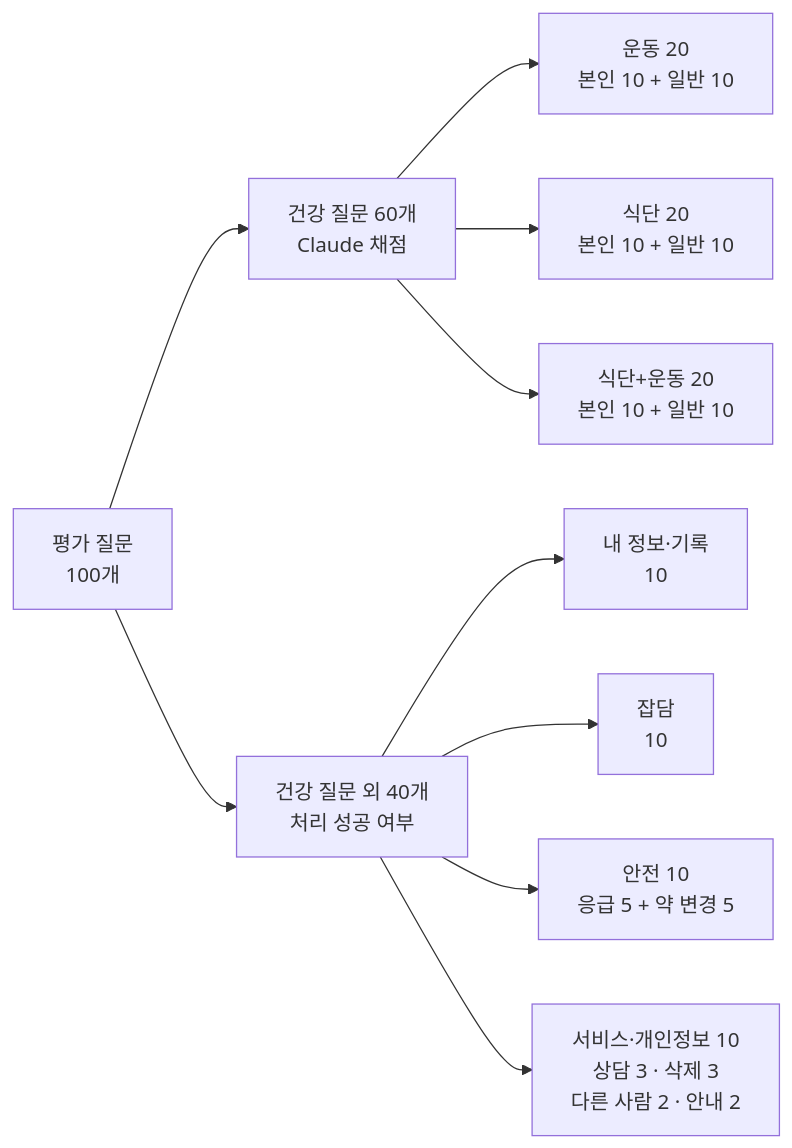
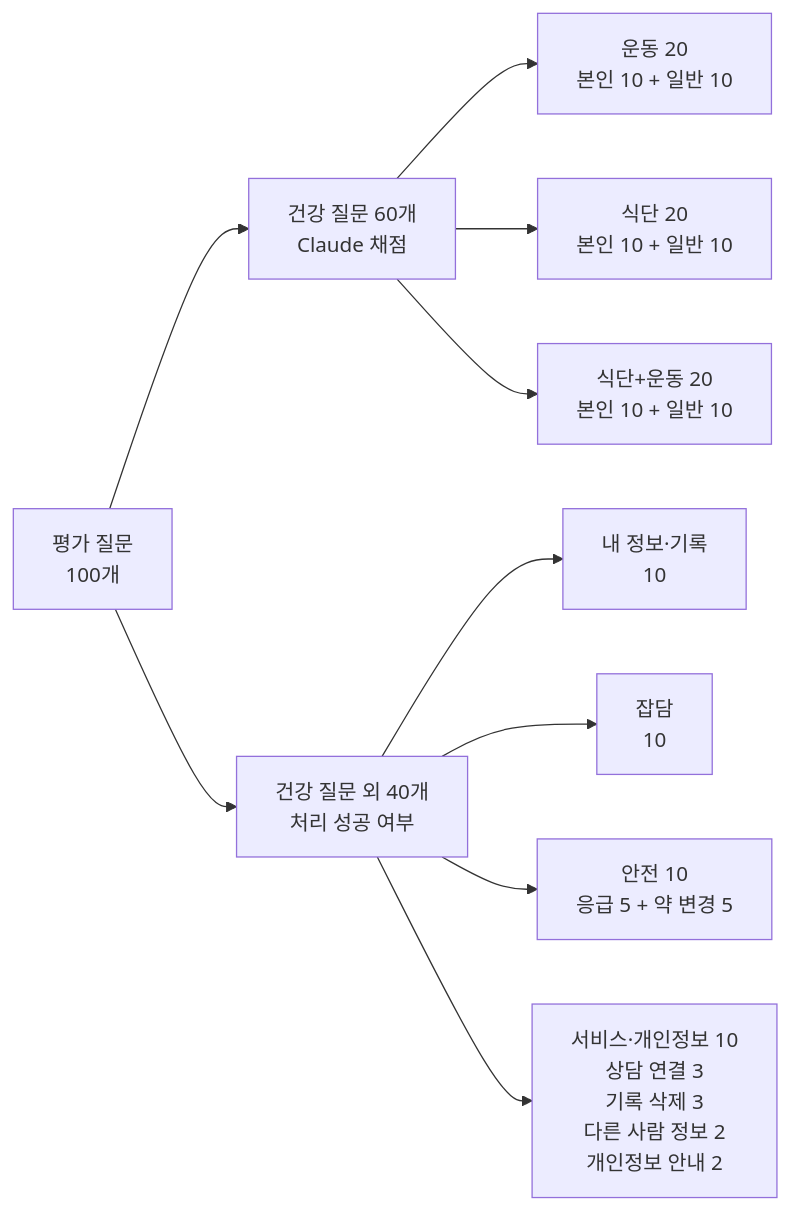
Before and after one commit to sihunwang-skala/health-coach-multi-agent: the third of 3 diagrams in docs/REPORT.md, drawn with Mermaid. The commit also changed other lines of this file and 1 other file, not shown here.

````diff
--- a/docs/REPORT.md
+++ b/docs/REPORT.md
@@ -145,12 +160,12 @@
 ```mermaid
 flowchart LR
   ALL[평가 질문<br/>100개] --> HQ[건강 질문 60개<br/>Claude 채점]
   ALL --> OQ[건강 질문 외 40개<br/>처리 성공 여부]
   HQ --> EX[운동 20<br/>본인 10 + 일반 10]
   HQ --> DI[식단 20<br/>본인 10 + 일반 10]
   HQ --> MX[식단+운동 20<br/>본인 10 + 일반 10]
   OQ --> C[내 정보·기록<br/>10]
   OQ --> D[잡담<br/>10]
   OQ --> SF[안전 10<br/>응급 5 + 약 변경 5]
-  OQ --> SV[서비스·개인정보 10<br/>상담 3 · 삭제 3<br/>다른 사람 2 · 안내 2]
+  OQ --> SV[서비스·개인정보 10<br/>상담 연결 3<br/>기록 삭제 3<br/>다른 사람 정보 2<br/>개인정보 안내 2]
 ```
````
